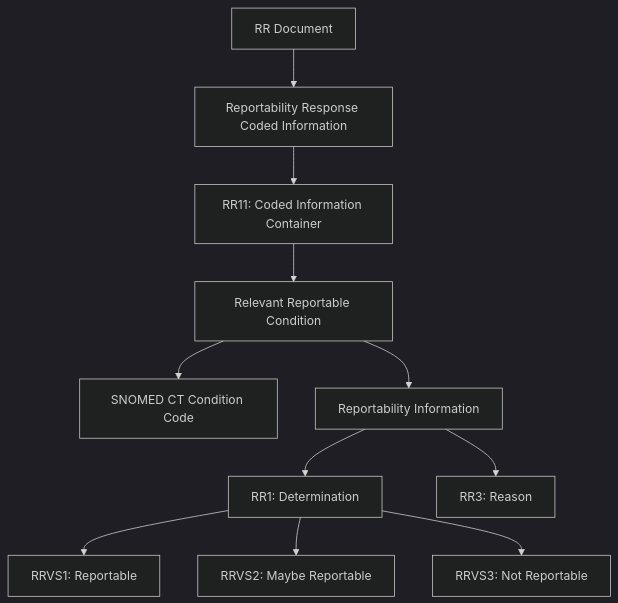
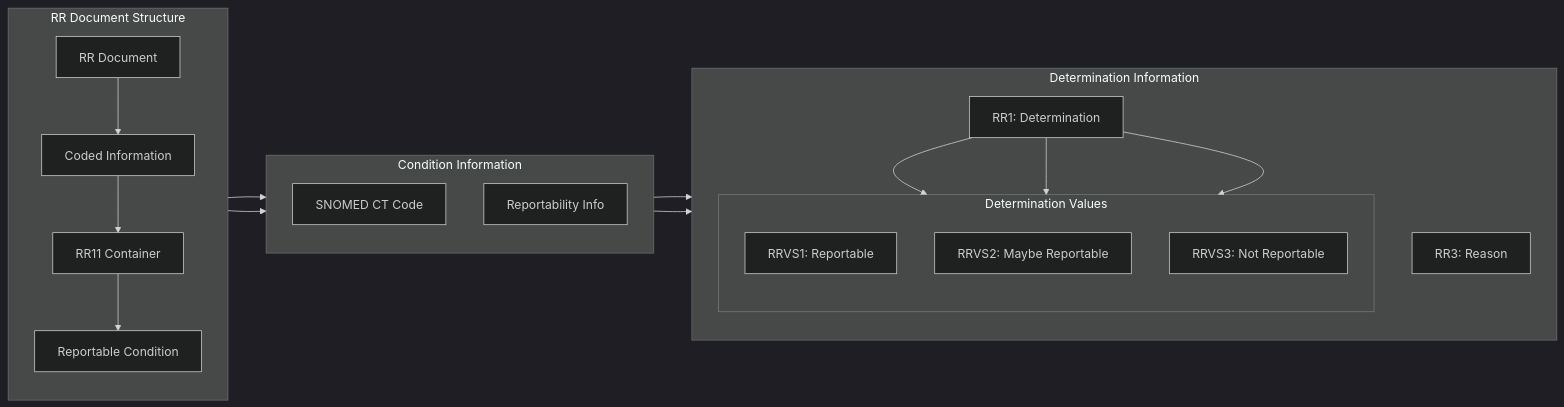
The third of 5 diagrams in refiner/eCR-CDA-Notes.md (CDCgov/dibbs-ecr-refiner), drawn with Mermaid (dark theme) before and after one commit. The commit also changed other lines of this file, not shown here.

Commit message:
update styling for mermaid charts

````diff
--- a/refiner/eCR-CDA-Notes.md
+++ b/refiner/eCR-CDA-Notes.md
@@ -390,13 +402,36 @@
 ```mermaid
-graph TD
-    A[RR Document] --> B[Reportability Response Coded Information]
-    B --> C[RR11: Coded Information Container]
-    C --> D[Relevant Reportable Condition]
-    D --> E[SNOMED CT Condition Code]
-    D --> F[Reportability Information]
-    F --> G[RR1: Determination]
-    F --> H[RR3: Reason]
-    G --> I[RRVS1: Reportable]
-    G --> J[RRVS2: Maybe Reportable]
-    G --> K[RRVS3: Not Reportable]
+flowchart LR
+
+subgraph RR_Doc["RR Document Structure"]
+    direction TB
+    doc[RR Document]
+    coded[Coded Information]
+    container[RR11 Container]
+    condition[Reportable Condition]
+    
+    doc --> coded --> container --> condition
+end
+
+subgraph Condition["Condition Information"]
+    direction TB
+    code[SNOMED CT Code]
+    info[Reportability Info]
+end
+
+subgraph Determination["Determination Information"]
+    direction TB
+    det[RR1: Determination]
+    reason[RR3: Reason]
+    
+    subgraph Values["Determination Values"]
+        direction TB
+        reportable[RRVS1: Reportable]
+        maybe[RRVS2: Maybe Reportable]
+        not[RRVS3: Not Reportable]
+    end
+end
+
+condition --> code & info
+info --> det & reason
+det --> reportable & maybe & not
 ```
````
